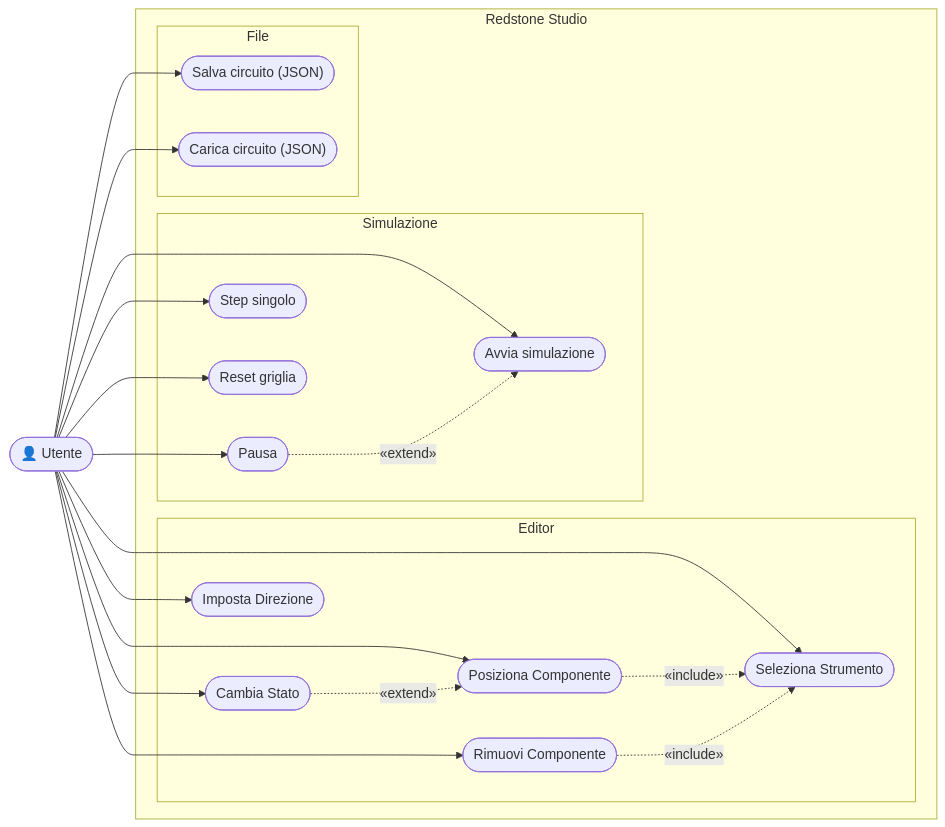
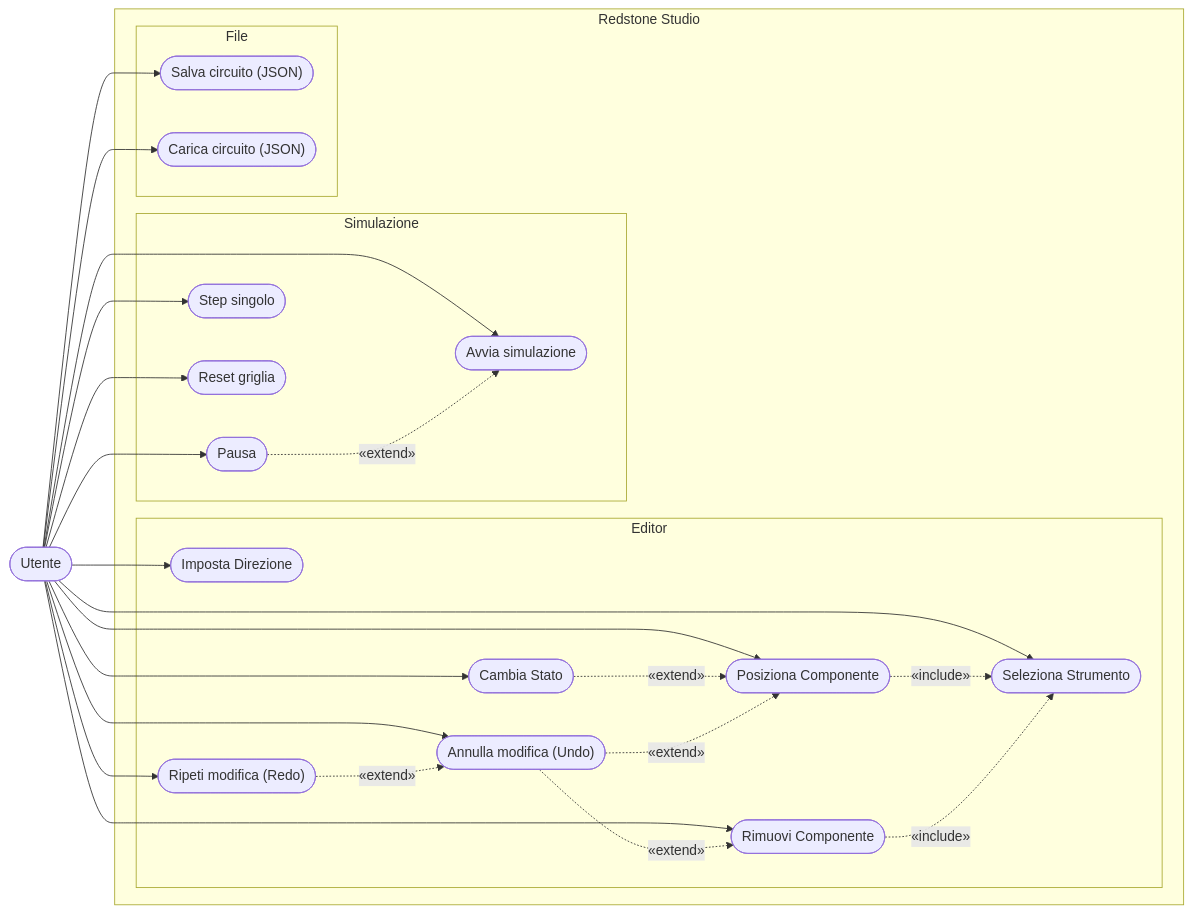
One commit to Dimi15/redstone-studio changed the diagram in PROJECT_USECASE.md. Above: the diagram before and after it, drawn with Mermaid. The commit also changed other lines of this file and 128 other files, not shown here.

````diff
--- a/PROJECT_USECASE.md
+++ b/PROJECT_USECASE.md
@@ -3,43 +3,50 @@
 ```mermaid
 flowchart LR
-    U(["👤 Utente"])
+    U(["Utente"])
 
     subgraph RS["Redstone Studio"]
         subgraph Editor
             UC1(["Seleziona Strumento"])
             UC2(["Posiziona Componente"])
             UC3(["Rimuovi Componente"])
             UC4(["Cambia Stato"])
             UC5(["Imposta Direzione"])
+            UC6(["Annulla modifica (Undo)"])
+            UC7(["Ripeti modifica (Redo)"])
         end
 
         subgraph Simulazione
-            UC6(["Avvia simulazione"])
-            UC7(["Pausa"])
-            UC8(["Step singolo"])
-            UC9(["Reset griglia"])
+            UC8(["Avvia simulazione"])
+            UC9(["Pausa"])
+            UC10(["Step singolo"])
+            UC11(["Reset griglia"])
         end
 
         subgraph File
-            UC10(["Salva circuito (JSON)"])
-            UC11(["Carica circuito (JSON)"])
+            UC12(["Salva circuito (JSON)"])
+            UC13(["Carica circuito (JSON)"])
         end
     end
 
     U --> UC1
     U --> UC2
     U --> UC3
     U --> UC4
     U --> UC5
     U --> UC6
     U --> UC7
     U --> UC8
     U --> UC9
     U --> UC10
     U --> UC11
+    U --> UC12
+    U --> UC13
 
     UC2 -. "«include»" .-> UC1
     UC3 -. "«include»" .-> UC1
     UC4 -. "«extend»" .-> UC2
+    UC9 -. "«extend»" .-> UC8
+    UC6 -. "«extend»" .-> UC2
+    UC6 -. "«extend»" .-> UC3
     UC7 -. "«extend»" .-> UC6
 ```
````
